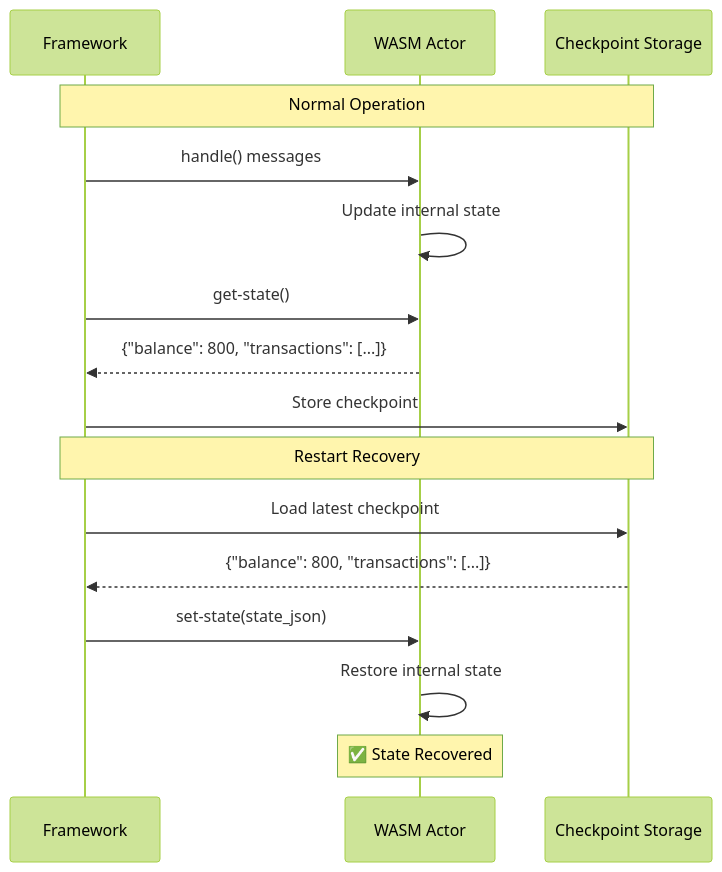
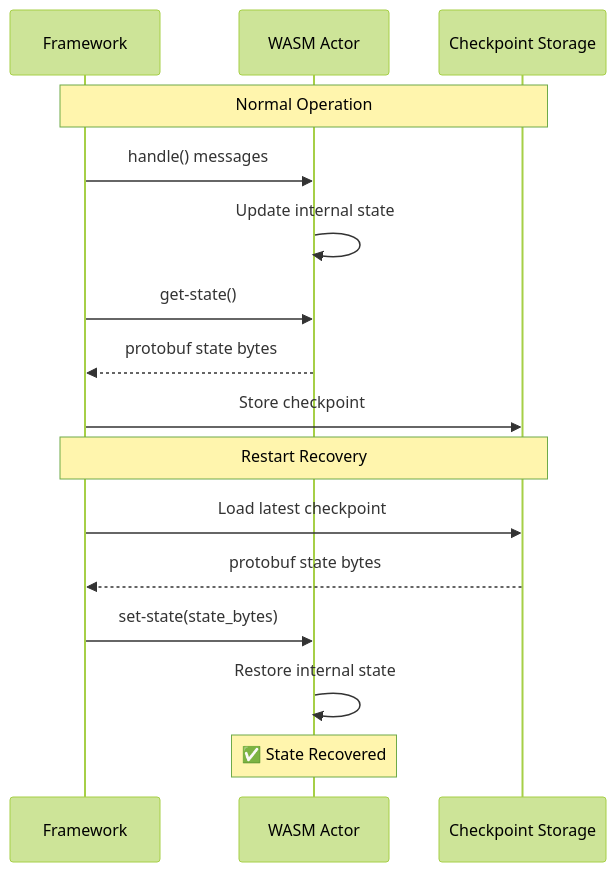
Before and after one commit to bhatti/PlexSpaces: the ninth of 9 diagrams in docs/durability.md, drawn with Mermaid (forest theme). The commit also changed other lines of this file and 384 other files, not shown here.

````diff
--- a/docs/durability.md
+++ b/docs/durability.md
@@ -733,20 +733,20 @@
 ```mermaid
 sequenceDiagram
     participant Framework
     participant WASM Actor
     participant Checkpoint Storage
 
     Note over Framework,Checkpoint Storage: Normal Operation
     Framework->>WASM Actor: handle() messages
     WASM Actor->>WASM Actor: Update internal state
     Framework->>WASM Actor: get-state()
-    WASM Actor-->>Framework: {"balance": 800, "transactions": [...]}
+    WASM Actor-->>Framework: protobuf state bytes
     Framework->>Checkpoint Storage: Store checkpoint
 
     Note over Framework,Checkpoint Storage: Restart Recovery
     Framework->>Checkpoint Storage: Load latest checkpoint
-    Checkpoint Storage-->>Framework: {"balance": 800, "transactions": [...]}
-    Framework->>WASM Actor: set-state(state_json)
+    Checkpoint Storage-->>Framework: protobuf state bytes
+    Framework->>WASM Actor: set-state(state_bytes)
     WASM Actor->>WASM Actor: Restore internal state
     Note over WASM Actor: ✅ State Recovered
 ```
````
